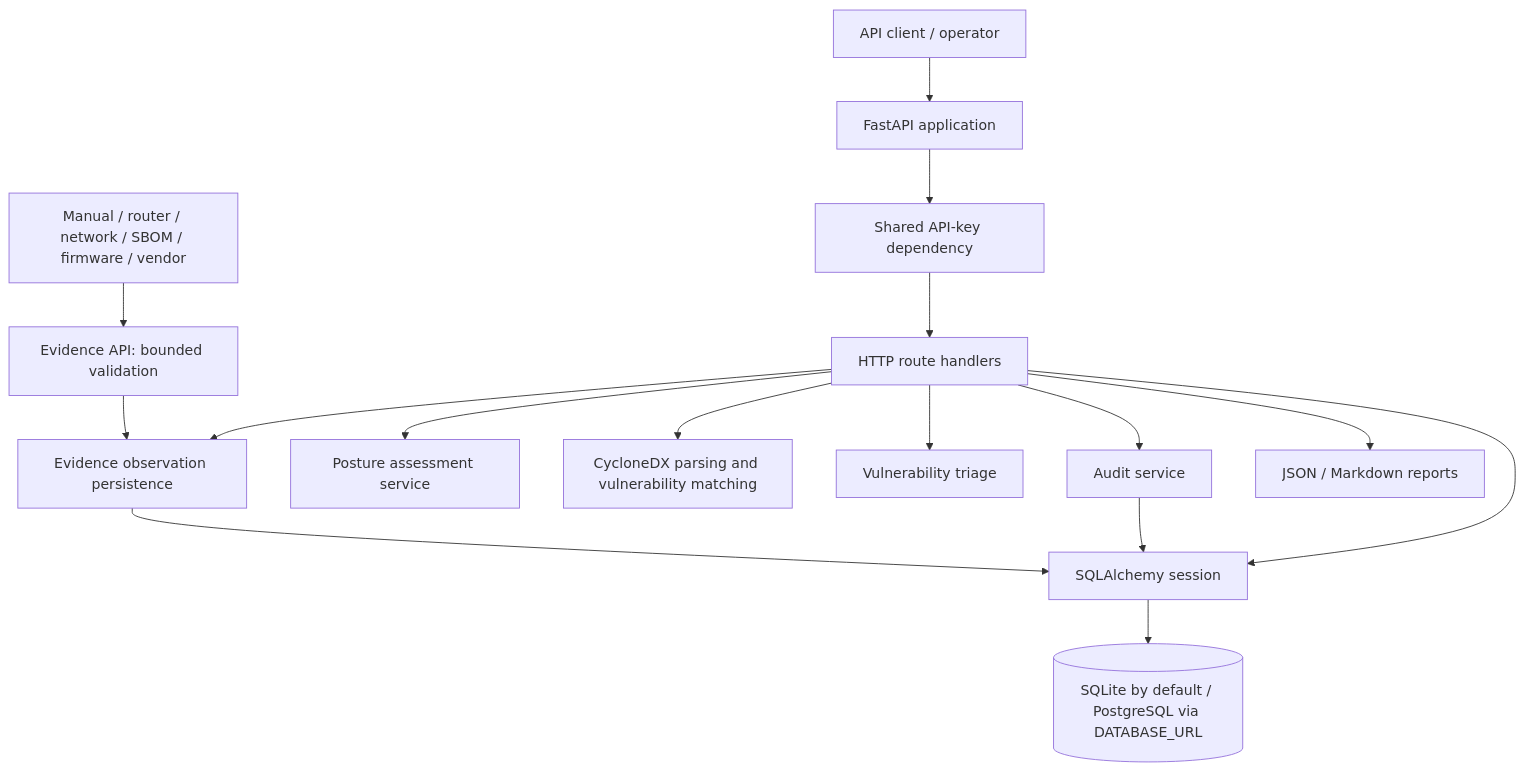
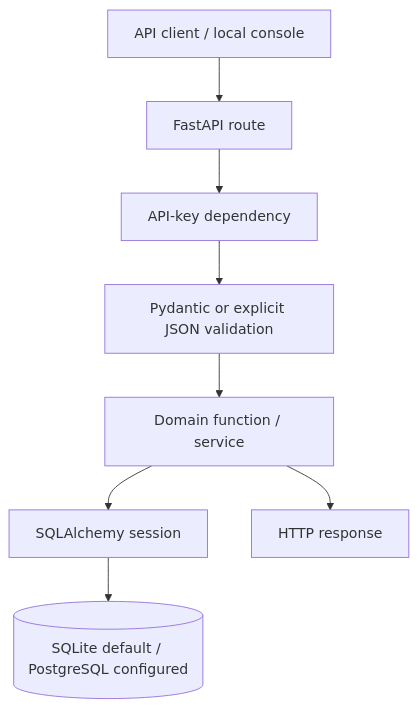
Before and after one commit to silvatechf/DeviceTrust: the first of 2 diagrams in docs/architecture.md, drawn with Mermaid. The commit also changed other lines of this file, not shown here.

Commit message:
docs: clarify docs/architecture.md

````diff
--- a/docs/architecture.md
+++ b/docs/architecture.md
@@ -9,18 +11,10 @@
 ```mermaid
-flowchart TB
-    SOURCES["Manual / router / network / SBOM / firmware / vendor"] --> INGEST["Evidence API: bounded validation"]
-    C["API client / operator"] --> API["FastAPI application"]
-    API --> AUTH["Shared API-key dependency"]
-    AUTH --> ROUTES["HTTP route handlers"]
-    ROUTES --> EVIDENCE["Evidence observation persistence"]
-    ROUTES --> POSTURE["Posture assessment service"]
-    ROUTES --> SBOM["CycloneDX parsing and vulnerability matching"]
-    ROUTES --> TRIAGE["Vulnerability triage"]
-    ROUTES --> AUDIT["Audit service"]
-    ROUTES --> REPORT["JSON / Markdown reports"]
-    INGEST --> EVIDENCE
-    ROUTES --> ORM["SQLAlchemy session"]
-    ORM --> DB[("SQLite by default / PostgreSQL via DATABASE_URL")]
-    EVIDENCE --> ORM
-    AUDIT --> ORM
+flowchart TD
+    CLIENT[API client / local console] --> API[FastAPI route]
+    API --> AUTH[API-key dependency]
+    AUTH --> VALIDATE[Pydantic or explicit JSON validation]
+    VALIDATE --> SERVICE[Domain function / service]
+    SERVICE --> ORM[SQLAlchemy session]
+    ORM --> DB[(SQLite default / PostgreSQL configured)]
+    SERVICE --> RESPONSE[HTTP response]
 ```
````
